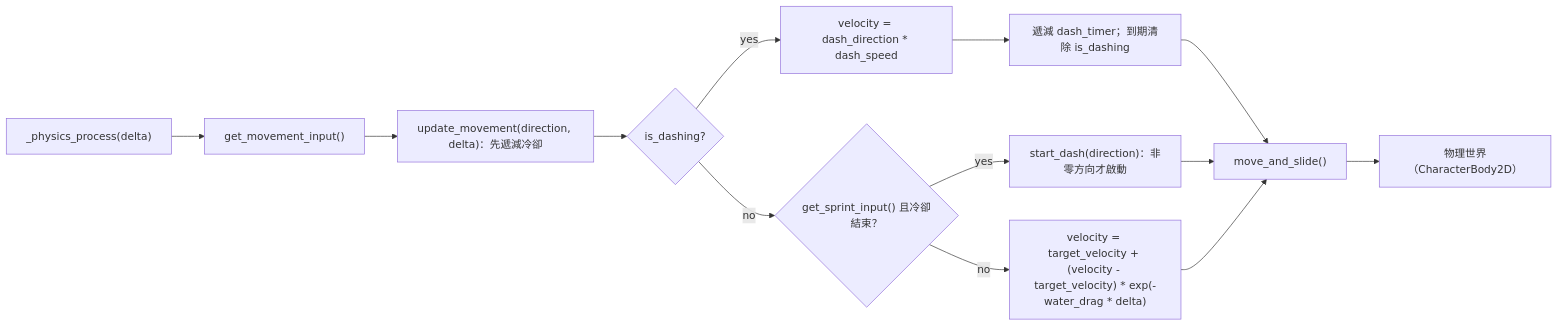
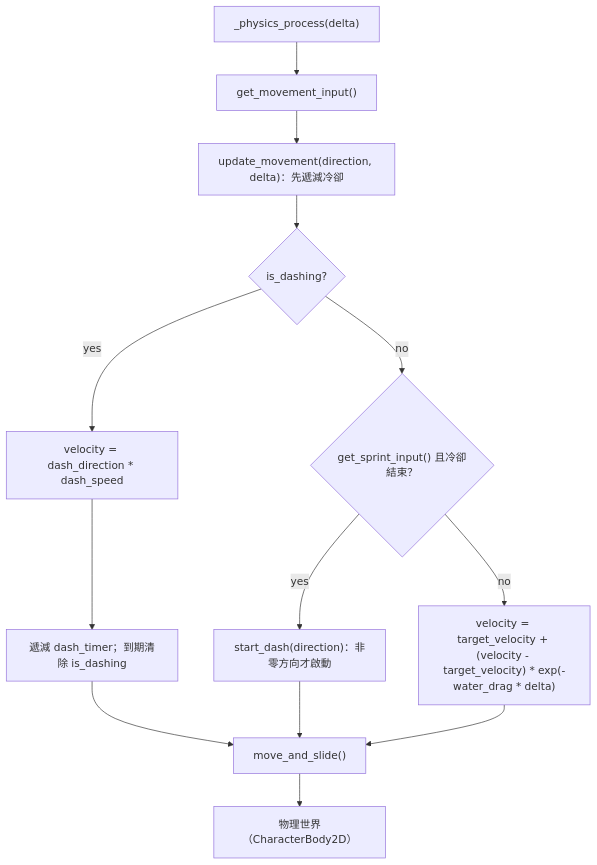
The diagram in docs/架構/player.md (emmetthor/Our_Games_1.0), drawn with Mermaid before and after one commit. The commit also changed other lines of this file, not shown here.

Commit message:
更新 flowchart 方向與不必要的備註

````diff
--- a/docs/架構/player.md
+++ b/docs/架構/player.md
@@ -25,15 +25,15 @@
 ```mermaid
-flowchart LR
+flowchart TD
     physics["_physics_process(delta)"] --> get_vector["get_movement_input()"]
     get_vector --> update["update_movement(direction, delta)：先遞減冷卻"]
     update --> is_dashing{"is_dashing?"}
     is_dashing -->|yes| velocity_dash["velocity = dash_direction * dash_speed"]
     velocity_dash --> timer["遞減 dash_timer；到期清除 is_dashing"]
     is_dashing -->|no| get_sprint{"get_sprint_input() 且冷卻結束？"}
     get_sprint -->|yes| start_dash["start_dash(direction)：非零方向才啟動"]
     get_sprint -->|no| velocity_normal["velocity = target_velocity + (velocity - target_velocity) * exp(-water_drag * delta)"]
     timer --> move_and_slide["move_and_slide()"]
     start_dash --> move_and_slide
     velocity_normal --> move_and_slide
     move_and_slide --> World["物理世界（CharacterBody2D）"]
 ```
````
